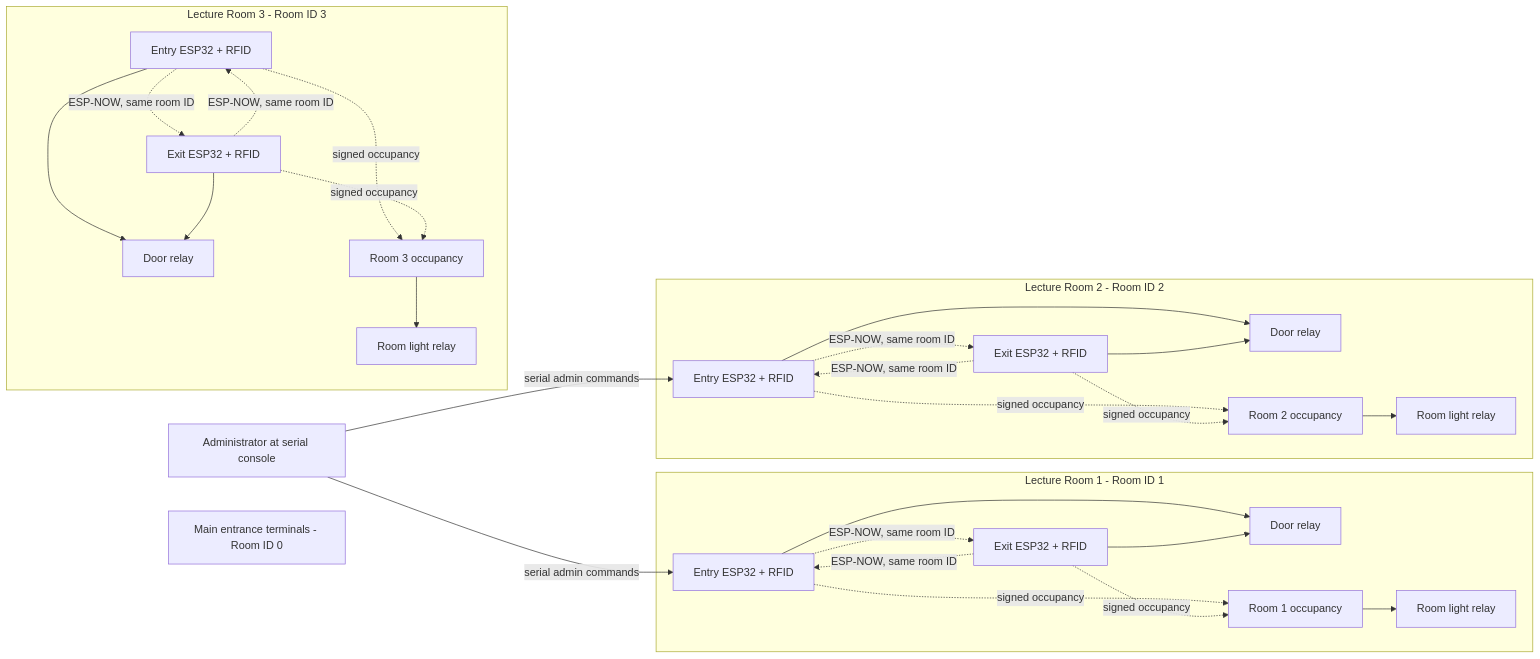
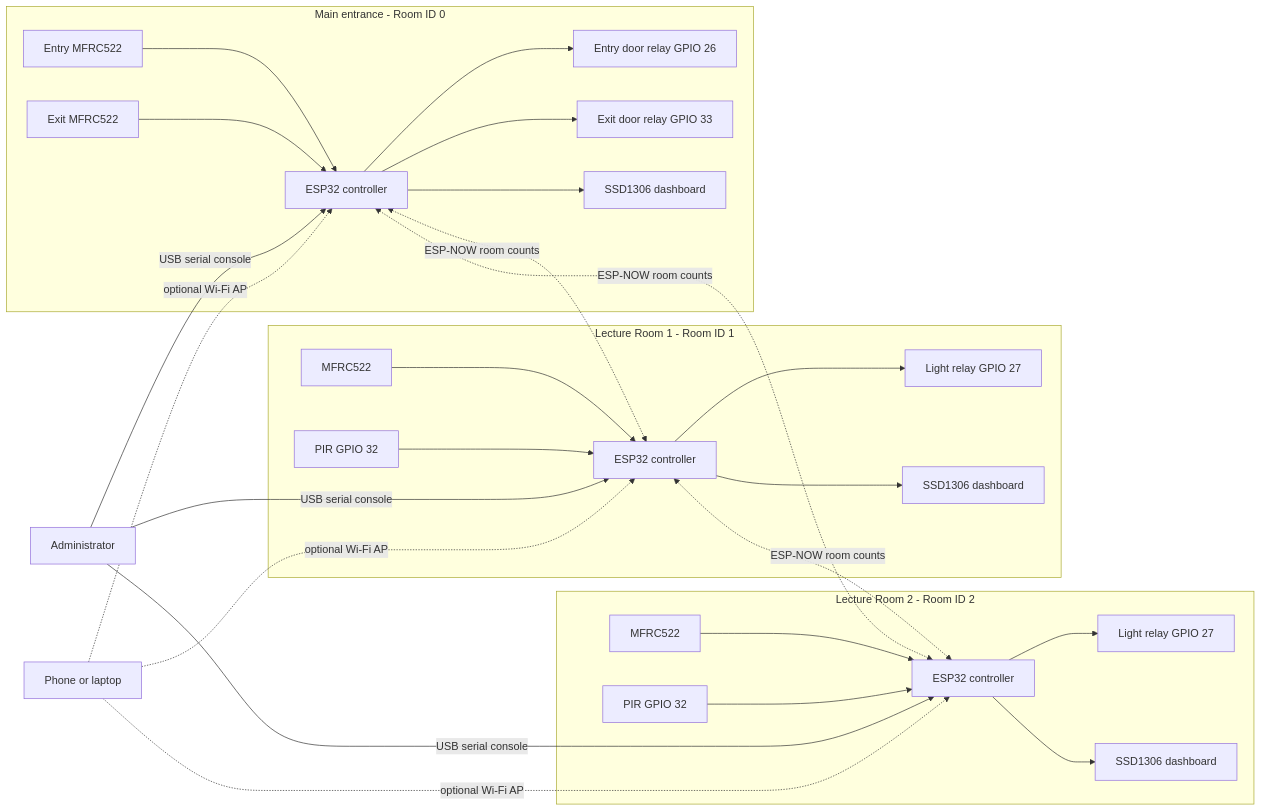
One commit to helen-liz/COCIS-SMART-SYSTEM changed the first of 7 diagrams in docs/system-diagrams.md. Above: the diagram before and after it, drawn with Mermaid. The commit also changed other lines of this file and 20 other files, not shown here.

````diff
--- a/docs/system-diagrams.md
+++ b/docs/system-diagrams.md
@@ -20,46 +35,51 @@
 ```mermaid
 flowchart LR
-    Admin[Administrator at serial console]
-    subgraph R1[Lecture Room 1 - Room ID 1]
-        R1IN[Entry ESP32 + RFID]
-        R1OUT[Exit ESP32 + RFID]
-        R1REL[Door relay]
-        R1LIGHT[Room light relay]
-        R1IN --> R1REL
-        R1OUT --> R1REL
-        R1IN -. signed occupancy .-> R1COUNT[Room 1 occupancy]
-        R1OUT -. signed occupancy .-> R1COUNT
-        R1COUNT --> R1LIGHT
+    ADMIN[Administrator] -->|USB serial console| ENTRY
+    ADMIN -->|USB serial console| R1
+    ADMIN -->|USB serial console| R2
+
+    subgraph ENTRANCE[Main entrance - Room ID 0]
+        ENTRY[ESP32 controller]
+        EIN[Entry MFRC522]
+        EOUT[Exit MFRC522]
+        EREL1[Entry door relay GPIO 26]
+        EREL2[Exit door relay GPIO 33]
+        EOLED[SSD1306 dashboard]
+        EIN --> ENTRY
+        EOUT --> ENTRY
+        ENTRY --> EREL1
+        ENTRY --> EREL2
+        ENTRY --> EOLED
     end
-    subgraph R2[Lecture Room 2 - Room ID 2]
-        R2IN[Entry ESP32 + RFID]
-        R2OUT[Exit ESP32 + RFID]
-        R2REL[Door relay]
-        R2LIGHT[Room light relay]
-        R2IN --> R2REL
-        R2OUT --> R2REL
-        R2IN -. signed occupancy .-> R2COUNT[Room 2 occupancy]
-        R2OUT -. signed occupancy .-> R2COUNT
-        R2COUNT --> R2LIGHT
+
+    subgraph ROOM1[Lecture Room 1 - Room ID 1]
+        R1[ESP32 controller]
+        R1RFID[MFRC522]
+        R1PIR[PIR GPIO 32]
+        R1LIGHT[Light relay GPIO 27]
+        R1OLED[SSD1306 dashboard]
+        R1RFID --> R1
+        R1PIR --> R1
+        R1 --> R1LIGHT
+        R1 --> R1OLED
     end
-    subgraph R3[Lecture Room 3 - Room ID 3]
-        R3IN[Entry ESP32 + RFID]
-        R3OUT[Exit ESP32 + RFID]
-        R3REL[Door relay]
-        R3LIGHT[Room light relay]
-        R3IN --> R3REL
-        R3OUT --> R3REL
-        R3IN -. signed occupancy .-> R3COUNT[Room 3 occupancy]
-        R3OUT -. signed occupancy .-> R3COUNT
-        R3COUNT --> R3LIGHT
+
+    subgraph ROOM2[Lecture Room 2 - Room ID 2]
+        R2[ESP32 controller]
+        R2RFID[MFRC522]
+        R2PIR[PIR GPIO 32]
+        R2LIGHT[Light relay GPIO 27]
+        R2OLED[SSD1306 dashboard]
+        R2RFID --> R2
+        R2PIR --> R2
+        R2 --> R2LIGHT
+        R2 --> R2OLED
     end
-    ENTRANCE[Main entrance terminals - Room ID 0]
-    Admin -->|serial admin commands| R1IN
-    Admin -->|serial admin commands| R2IN
-    R1IN -. ESP-NOW, same room ID .-> R1OUT
-    R1OUT -. ESP-NOW, same room ID .-> R1IN
-    R2IN -. ESP-NOW, same room ID .-> R2OUT
-    R2OUT -. ESP-NOW, same room ID .-> R2IN
-    R3IN -. ESP-NOW, same room ID .-> R3OUT
-    R3OUT -. ESP-NOW, same room ID .-> R3IN
+
+    BROWSER[Phone or laptop] -. optional Wi-Fi AP .-> ENTRY
+    BROWSER -. optional Wi-Fi AP .-> R1
+    BROWSER -. optional Wi-Fi AP .-> R2
+    ENTRY <-. ESP-NOW room counts .-> R1
+    R1 <-. ESP-NOW room counts .-> R2
+    R2 <-. ESP-NOW room counts .-> ENTRY
 ```
````
